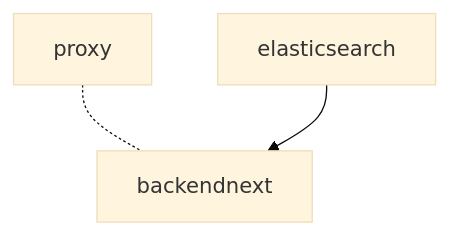
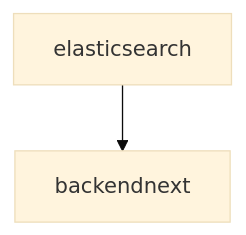
One commit to SciCatProject/scicatlive changed the diagram in services/backendnext/README.md. Above: the diagram before and after it, drawn with Mermaid (base theme).

Commit message:
remove redundant info from graph

````diff
--- a/services/backendnext/README.md
+++ b/services/backendnext/README.md
@@ -26,5 +26,4 @@
 ```mermaid
 graph TD   
-    proxy -.- backendnext
     elasticsearch --> backendnext
 ```
````
